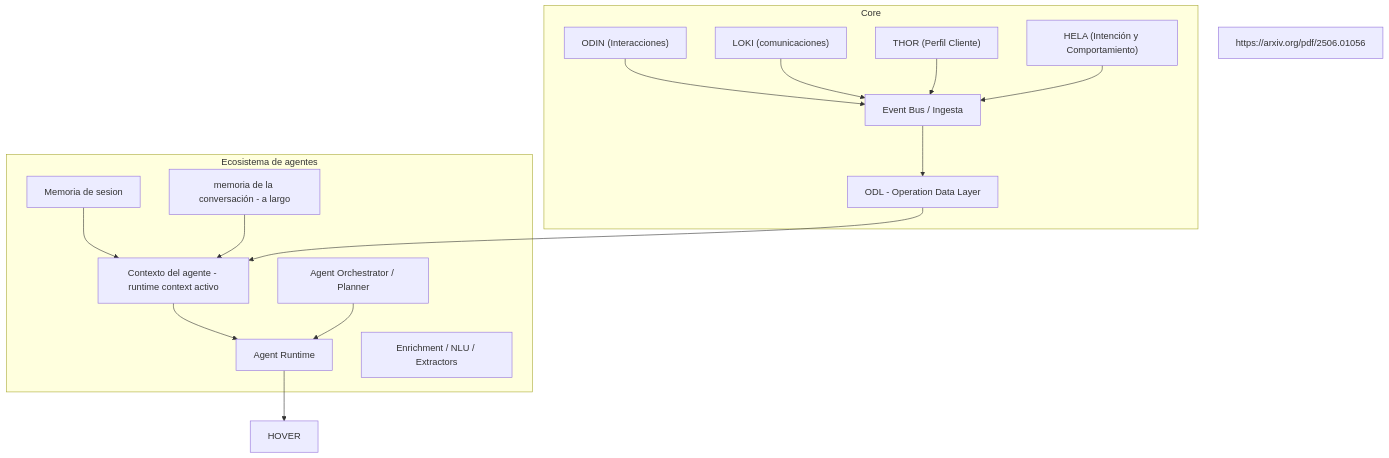
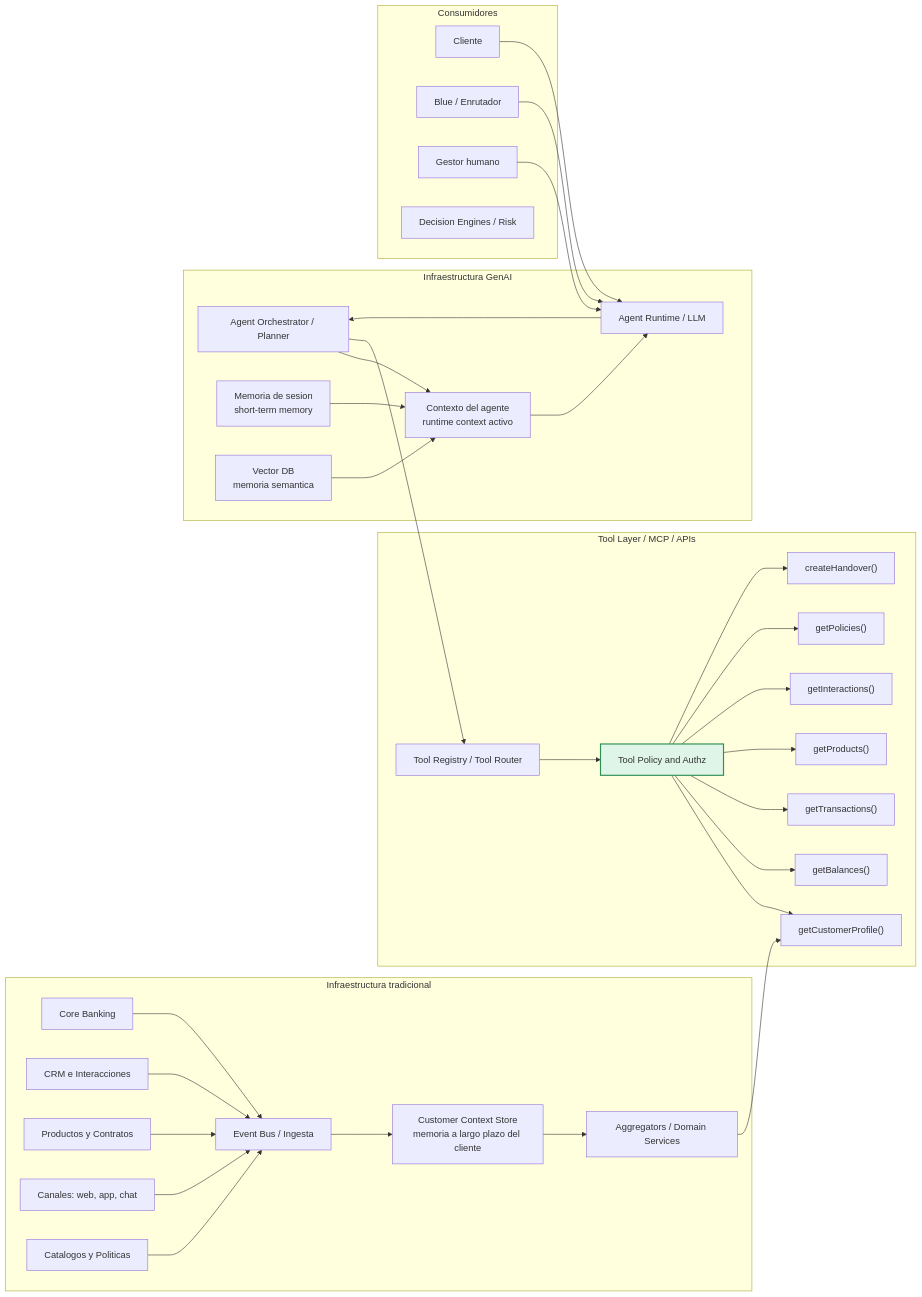
The diagram in contexto-básico.md (olgajoyas/ejemplos), drawn with Mermaid before and after one commit.

````diff
--- a/contexto-básico.md
+++ b/contexto-básico.md
@@ -1,40 +1,81 @@
 ```mermaid
-flowchart TD
+flowchart LR
+  %% Infra tradicional
+  subgraph TRAD[Infraestructura tradicional]
+    CORE["Core Banking"]
+    CRM["CRM e Interacciones"]
+    PROD["Productos y Contratos"]
+    CH["Canales: web, app, chat"]
+    POL["Catalogos y Politicas"]
+    EVT["Event Bus / Ingesta"]
+    CAS["Customer Context Store
+memoria a largo plazo del cliente"]
+    AGG["Aggregators / Domain Services"]
 
-https://arxiv.org/pdf/2506.01056
-
-  subgraph TRAD["Core"]
-    A1["ODIN (Interacciones)"]
-    A2["LOKI (comunicaciones)"]
-    A3["THOR (Perfil Cliente)"]
-    A4["HELA (Intención y Comportamiento)"]
-
-    EB["Event Bus / Ingesta"]
-    ODL["ODL - Operation Data Layer"]
-    
-    A1 --> EB
-    A2 --> EB
-    A3 --> EB
-    A4 --> EB
-    EB --> ODL
+    CORE --> EVT
+    CRM --> EVT
+    PROD --> EVT
+    CH --> EVT
+    POL --> EVT
+    EVT --> CAS
+    CAS --> AGG
   end
 
-  subgraph GENAI["Ecosistema de agentes"]
-    STM["Memoria de sesion"]
-    CTX["Contexto del agente - runtime context activo"]
-    VEC["memoria de la conversación - a largo"]
-    R1["Agent Runtime"]
-    ORCH["Agent Orchestrator / Planner"]
-    ENRICH["Enrichment / NLU / Extractors"]
-
-    STM --> CTX
-    VEC --> CTX
-    CTX --> R1
-    ORCH --> R1
+  %% Tool layer
+  subgraph TOOLS[Tool Layer / MCP / APIs]
+    T1["getCustomerProfile()"]
+    T2["getBalances()"]
+    T3["getTransactions()"]
+    T4["getProducts()"]
+    T5["getInteractions()"]
+    T6["getPolicies()"]
+    T7["createHandover()"]
+    TSEL["Tool Registry / Tool Router"]
+    TPOL["Tool Policy and Authz"]
   end
 
-  ODL --> CTX
+  %% Infra GenAI
+  subgraph GENAI[Infraestructura GenAI]
+    ORCH["Agent Orchestrator / Planner"]
+    CTX["Contexto del agente
+runtime context activo"]
+    STM["Memoria de sesion
+short-term memory"]
+    VEC["Vector DB
+memoria semantica"]
+    LLM["Agent Runtime / LLM"]
+  end
 
-  R1 --> HOVER
+  %% Consumidores
+  subgraph CONS[Consumidores]
+    U1["Cliente"]
+    U2["Blue / Enrutador"]
+    U3["Gestor humano"]
+    U4["Decision Engines / Risk"]
+  end
+
+  %% Flujos principales
+  U1 --> LLM
+  U2 --> LLM
+  U3 --> LLM
+
+  LLM --> ORCH
+  ORCH --> CTX
+  STM --> CTX
+  VEC --> CTX
+  CTX --> LLM
+
+  ORCH --> TSEL
+  TSEL --> TPOL
+  TPOL --> T1
+  TPOL --> T2
+  TPOL --> T3
+  TPOL --> T4
+  TPOL --> T5
+  TPOL --> T6
+  TPOL --> T7
+
+  AGG --> T1
+  style TPOL fill:#dff5e8,stroke:#2f8f57,stroke-width:2px
 
 ```
````
